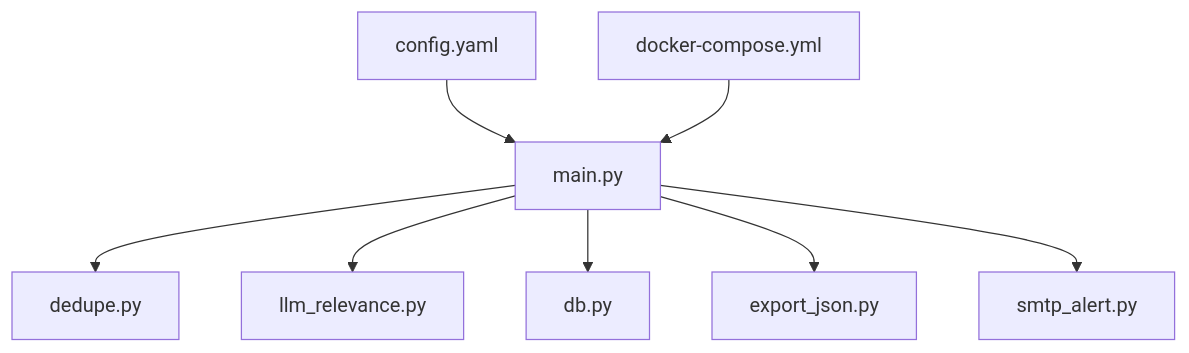
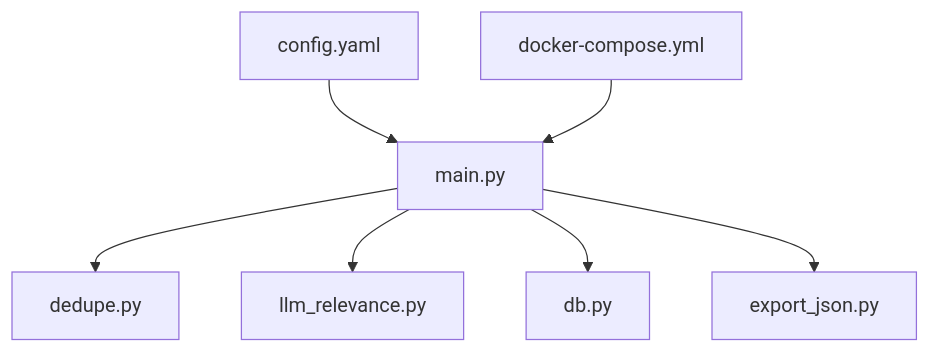
The third of 3 diagrams in .qoder/repowiki/en/content/Configuration Guide/Configuration Guide.md (shakthi-vinayak/news), drawn with Mermaid before and after one commit. The commit also changed other lines of this file and 37 other files, not shown here.

````diff
--- a/.qoder/repowiki/en/content/Configuration Guide/Configuration Guide.md
+++ b/.qoder/repowiki/en/content/Configuration Guide/Configuration Guide.md
@@ -331,18 +327,16 @@
 ```mermaid
 graph TB
 CFG["config.yaml"]
 MAIN["main.py"]
 DEDUP["dedupe.py"]
 LLM["llm_relevance.py"]
 DB["db.py"]
 EXPORT["export_json.py"]
-SMTP["smtp_alert.py"]
 DC["docker-compose.yml"]
 CFG --> MAIN
 MAIN --> DEDUP
 MAIN --> LLM
 MAIN --> DB
 MAIN --> EXPORT
-MAIN --> SMTP
 DC --> MAIN
 ```
````
